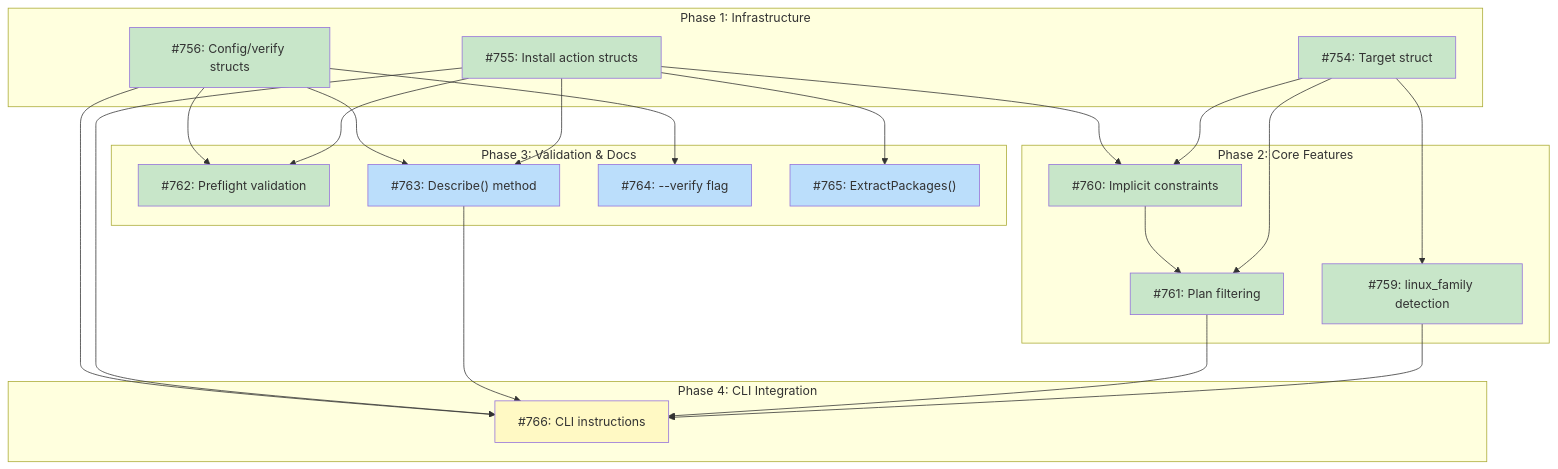
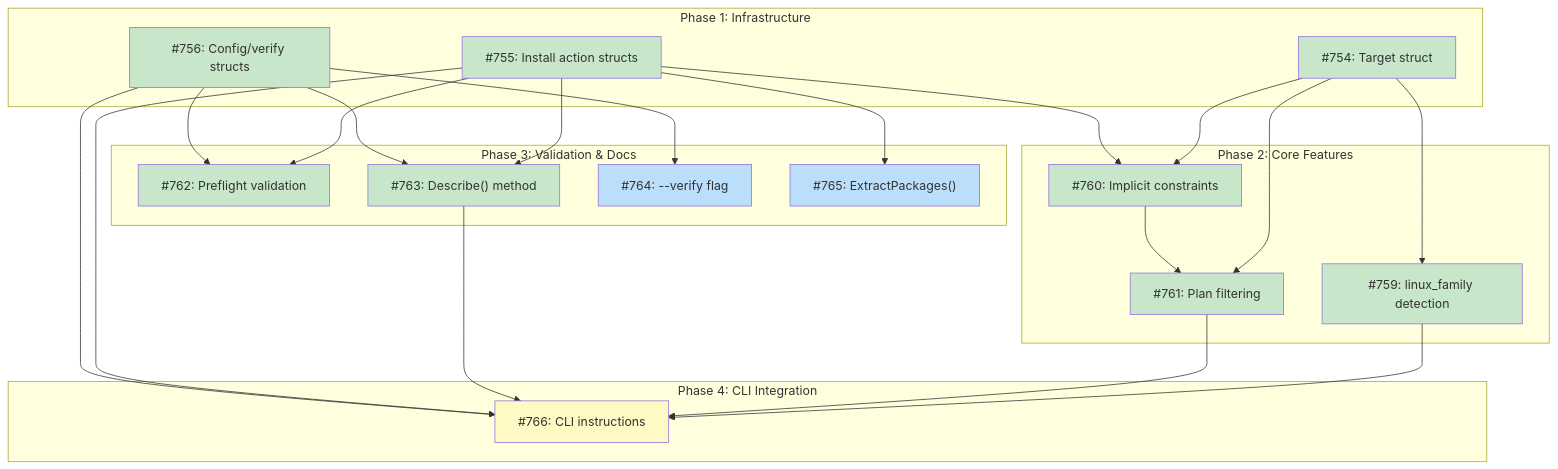
The diagram in docs/DESIGN-system-dependency-actions.md (tsukumogami/tsuku), drawn with Mermaid before and after one commit. The commit also changed 11 other files, not shown here.

````diff
--- a/docs/DESIGN-system-dependency-actions.md
+++ b/docs/DESIGN-system-dependency-actions.md
@@ -27,51 +27,51 @@
 ```mermaid
 graph TD
     subgraph Phase1["Phase 1: Infrastructure"]
         I754["#754: Target struct"]
         I755["#755: Install action structs"]
         I756["#756: Config/verify structs"]
     end
 
     subgraph Phase2["Phase 2: Core Features"]
         I759["#759: linux_family detection"]
         I760["#760: Implicit constraints"]
         I761["#761: Plan filtering"]
     end
 
     subgraph Phase3["Phase 3: Validation & Docs"]
         I762["#762: Preflight validation"]
         I763["#763: Describe() method"]
         I764["#764: --verify flag"]
         I765["#765: ExtractPackages()"]
     end
 
     subgraph Phase4["Phase 4: CLI Integration"]
         I766["#766: CLI instructions"]
     end
 
     I754 --> I759
     I754 --> I760
     I755 --> I760
     I754 --> I761
     I760 --> I761
     I755 --> I762
     I756 --> I762
     I755 --> I763
     I756 --> I763
     I756 --> I764
     I755 --> I765
     I759 --> I766
     I761 --> I766
     I763 --> I766
     I755 --> I766
     I756 --> I766
 
     classDef done fill:#c8e6c9
     classDef ready fill:#bbdefb
     classDef blocked fill:#fff9c4
     classDef needsDesign fill:#e1bee7
 
-    class I754,I755,I756,I759,I760,I761,I762 done
-    class I763,I764,I765 ready
+    class I754,I755,I756,I759,I760,I761,I762,I763 done
+    class I764,I765 ready
     class I766 blocked
 ```
````
